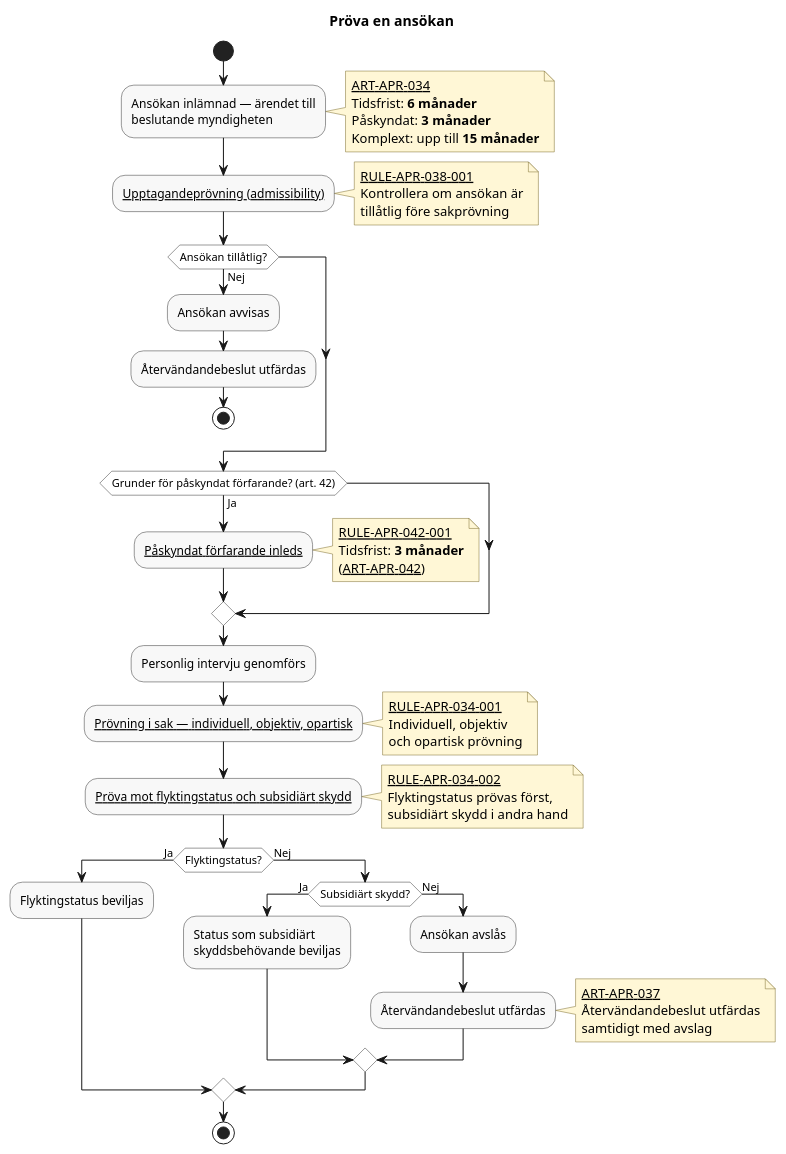
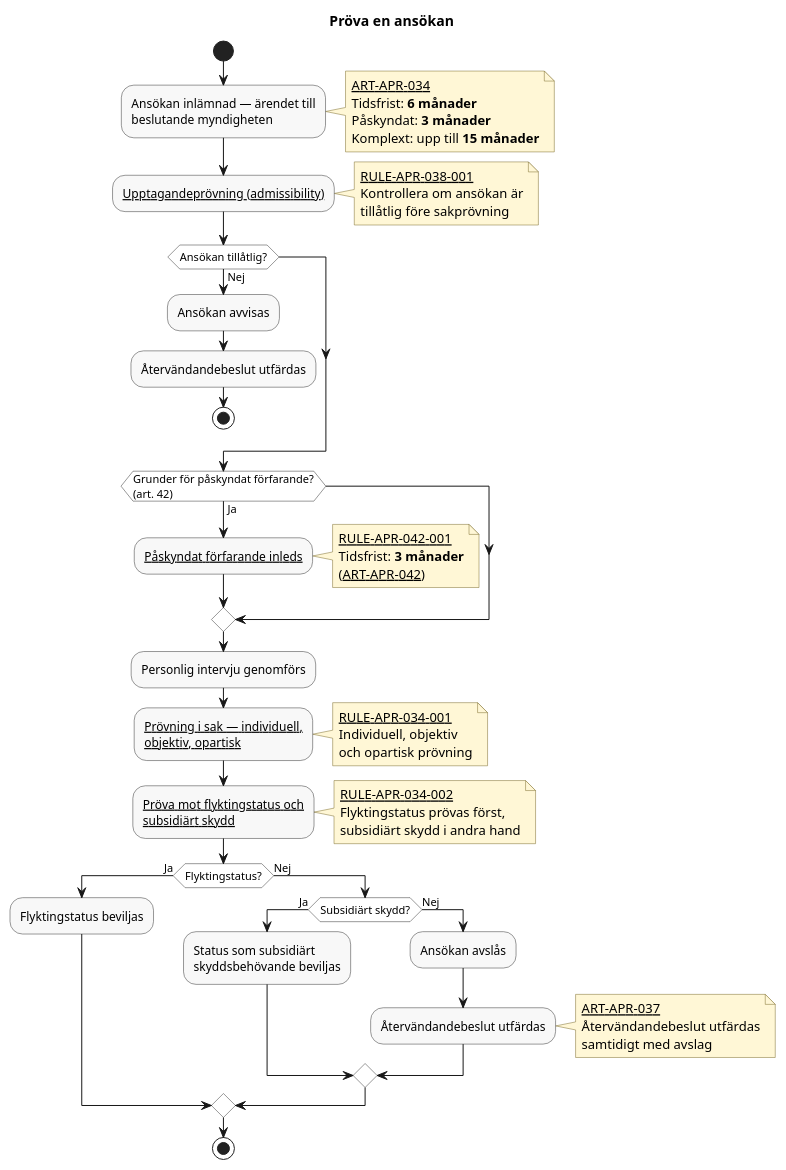
The diagram in docs/domains/asylum-procedure/diagrams/examine-an-application.pu (chrhe894/migration_pact), drawn with PlantUML before and after one commit. The commit also changed 21 other files, not shown here.

Commit message:
Fixes long activities in pu-diagram.

```diff
--- a/docs/domains/asylum-procedure/diagrams/examine-an-application.pu
+++ b/docs/domains/asylum-procedure/diagrams/examine-an-application.pu
@@ -15,101 +15,101 @@
 @startuml examine-an-application
 
 title Pröva en ansökan
 
 skinparam shadowing false
 skinparam HyperlinkColor Black
 skinparam HyperlinkUnderline true
 skinparam defaultFontName Arial
 skinparam activity {
   BackgroundColor #F8F8F8
   BorderColor #333333
   DiamondBackgroundColor #FFFFFF
   DiamondBorderColor #333333
 }
 skinparam note {
   BackgroundColor #FFF7D6
   BorderColor #7A6A2A
 }
 
 start
 
 :Ansökan inlämnad — ärendet till\nbeslutande myndigheten;
 note right
   [[../articles/apr-034.md ART-APR-034]]
   Tidsfrist: **6 månader**
   Påskyndat: **3 månader**
   Komplext: upp till **15 månader**
 end note
 
 :[[../rules/rule-apr-038-001.md Upptagandeprövning (admissibility)]];
 note right
   [[../rules/rule-apr-038-001.md RULE-APR-038-001]]
   Kontrollera om ansökan är
   tillåtlig före sakprövning
 end note
 
 if (Ansökan tillåtlig?) then (Nej)
 
     :Ansökan avvisas;
 
     :Återvändandebeslut utfärdas;
 
     stop
 
 endif
 
-if (Grunder för påskyndat förfarande? (art. 42)) then (Ja)
+if (Grunder för påskyndat förfarande?\n(art. 42)) then (Ja)
 
     :[[../rules/rule-apr-042-001.md Påskyndat förfarande inleds]];
     note right
       [[../rules/rule-apr-042-001.md RULE-APR-042-001]]
       Tidsfrist: **3 månader**
       ([[../articles/apr-042.md ART-APR-042]])
     end note
 
 endif
 
 :Personlig intervju genomförs;
 
-:[[../rules/rule-apr-034-001.md Prövning i sak — individuell, objektiv, opartisk]];
+:[[../rules/rule-apr-034-001.md Prövning i sak — individuell,\nobjektiv, opartisk]];
 note right
   [[../rules/rule-apr-034-001.md RULE-APR-034-001]]
   Individuell, objektiv
   och opartisk prövning
 end note
 
-:[[../rules/rule-apr-034-002.md Pröva mot flyktingstatus och subsidiärt skydd]];
+:[[../rules/rule-apr-034-002.md Pröva mot flyktingstatus och\nsubsidiärt skydd]];
 note right
   [[../rules/rule-apr-034-002.md RULE-APR-034-002]]
   Flyktingstatus prövas först,
   subsidiärt skydd i andra hand
 end note
 
 if (Flyktingstatus?) then (Ja)
 
     :Flyktingstatus beviljas;
 
 else (Nej)
 
     if (Subsidiärt skydd?) then (Ja)
 
         :Status som subsidiärt\nskyddsbehövande beviljas;
 
     else (Nej)
 
         :Ansökan avslås;
 
         :Återvändandebeslut utfärdas;
         note right
           [[../articles/apr-037.md ART-APR-037]]
           Återvändandebeslut utfärdas
           samtidigt med avslag
         end note
 
     endif
 
 endif
 
 stop
 
 @enduml
```
